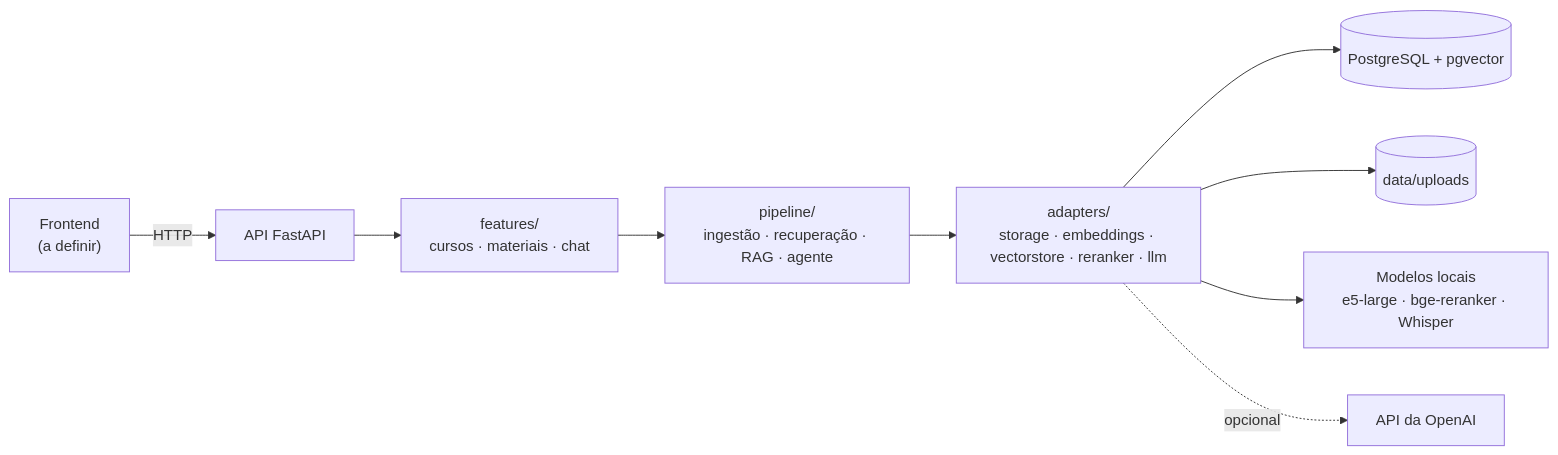
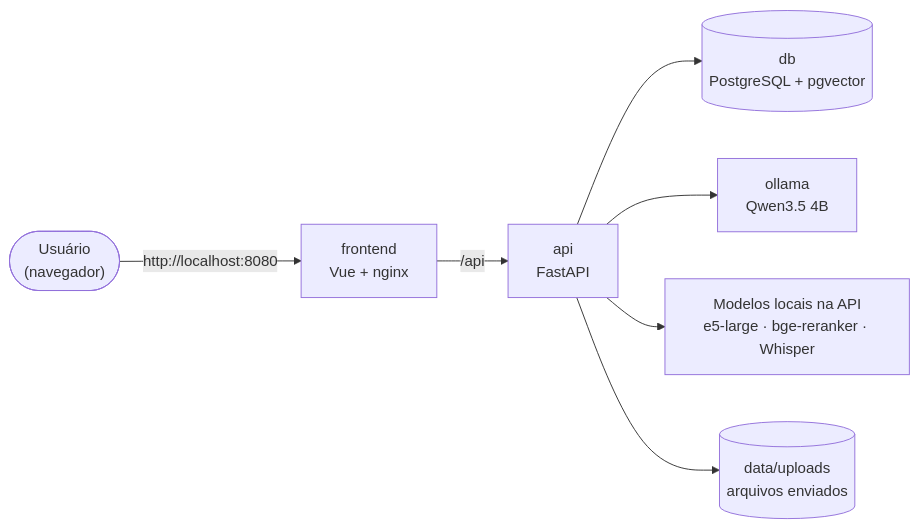
The first of 5 diagrams in docs/arquitetura.md (kevin-sachetti/grounded-rag-course-assistant), drawn with Mermaid before and after one commit. The commit also changed other lines of this file and 83 other files, not shown here.

First line of the commit message:
Interface em Vue, chats com parâmetros próprios e modelo de linguagem local

````diff
--- a/docs/arquitetura.md
+++ b/docs/arquitetura.md
@@ -7,11 +7,9 @@
 ```mermaid
 flowchart LR
-    Front["Frontend<br/>(a definir)"] -->|HTTP| API["API FastAPI"]
-    API --> Features["features/<br/>cursos · materiais · chat"]
-    Features --> Pipeline["pipeline/<br/>ingestão · recuperação · RAG · agente"]
-    Pipeline --> Adapters["adapters/<br/>storage · embeddings · vectorstore · reranker · llm"]
-    Adapters --> PG[("PostgreSQL + pgvector")]
-    Adapters --> Disk[("data/uploads")]
-    Adapters --> Local["Modelos locais<br/>e5-large · bge-reranker · Whisper"]
-    Adapters -. opcional .-> OpenAI["API da OpenAI"]
+    U(["Usuário<br/>(navegador)"]) -->|http://localhost:8080| F["frontend<br/>Vue + nginx"]
+    F -->|/api| API["api<br/>FastAPI"]
+    API --> PG[("db<br/>PostgreSQL + pgvector")]
+    API --> OL["ollama<br/>Qwen3.5 4B"]
+    API --> ML["Modelos locais na API<br/>e5-large · bge-reranker · Whisper"]
+    API --> DISK[("data/uploads<br/>arquivos enviados")]
 ```
````
